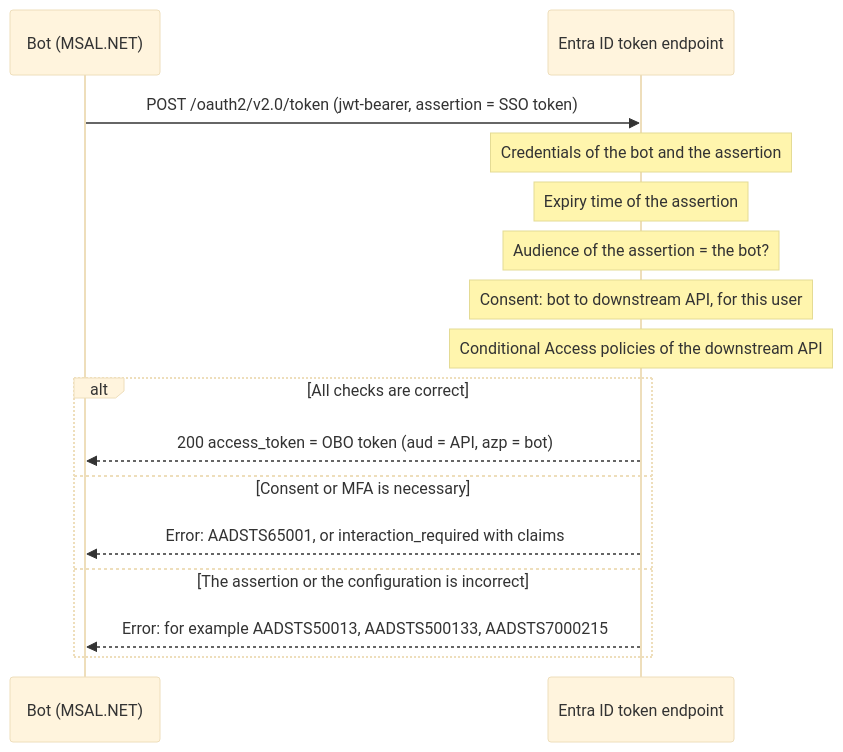
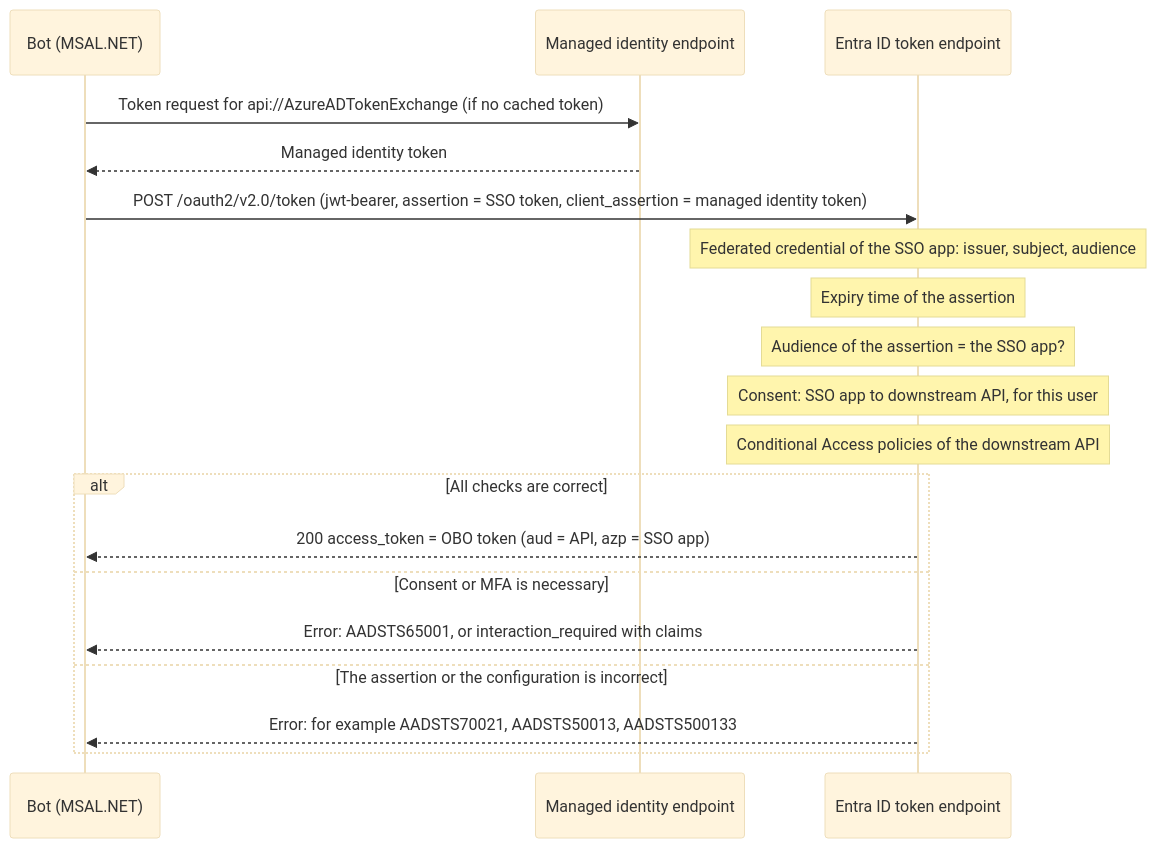
One commit to georgemathieson/Bot changed the sixth of 10 diagrams in docs/how-obo-works.md. Above: the diagram before and after it, drawn with Mermaid (base theme). The commit also changed other lines of this file and 4 other files, not shown here.

First line of the commit message:
Set up and document the managed identity bot

````diff
--- a/docs/how-obo-works.md
+++ b/docs/how-obo-works.md
@@ -207,18 +223,21 @@
 ```mermaid
 sequenceDiagram
     participant B as Bot (MSAL.NET)
+    participant MI as Managed identity endpoint
     participant E as Entra ID token endpoint
-    B->>E: POST /oauth2/v2.0/token (jwt-bearer, assertion = SSO token)
-    Note over E: Credentials of the bot and the assertion
+    B->>MI: Token request for api://AzureADTokenExchange (if no cached token)
+    MI-->>B: Managed identity token
+    B->>E: POST /oauth2/v2.0/token (jwt-bearer, assertion = SSO token, client_assertion = managed identity token)
+    Note over E: Federated credential of the SSO app: issuer, subject, audience
     Note over E: Expiry time of the assertion
-    Note over E: Audience of the assertion = the bot?
-    Note over E: Consent: bot to downstream API, for this user
+    Note over E: Audience of the assertion = the SSO app?
+    Note over E: Consent: SSO app to downstream API, for this user
     Note over E: Conditional Access policies of the downstream API
     alt All checks are correct
-        E-->>B: 200 access_token = OBO token (aud = API, azp = bot)
+        E-->>B: 200 access_token = OBO token (aud = API, azp = SSO app)
     else Consent or MFA is necessary
         E-->>B: Error: AADSTS65001, or interaction_required with claims
     else The assertion or the configuration is incorrect
-        E-->>B: Error: for example AADSTS50013, AADSTS500133, AADSTS7000215
+        E-->>B: Error: for example AADSTS70021, AADSTS50013, AADSTS500133
     end
 ```
````
